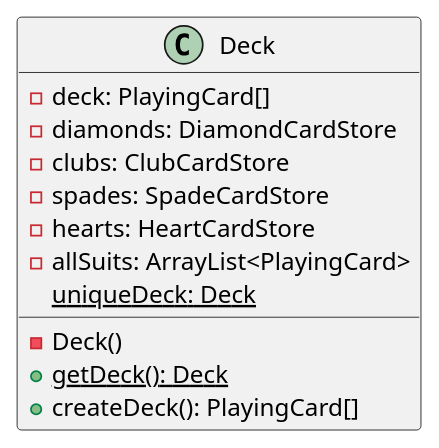
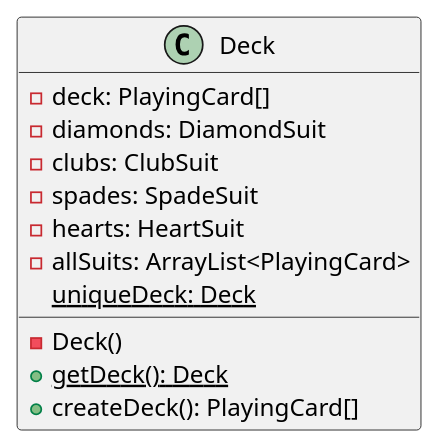
One commit to GerardRyan1989/SoftwareDesignPatternsCA changed the diagram in UMLS/SingletonPattern.puml. Above: the diagram before and after it, drawn with PlantUML. The commit also changed 11 other files, not shown here.

```diff
--- a/UMLS/SingletonPattern.puml
+++ b/UMLS/SingletonPattern.puml
@@ -1,19 +1,19 @@
 @startuml
 
 Class Deck{
     -deck: PlayingCard[]
-    -diamonds: DiamondCardStore
-    -clubs: ClubCardStore
-    -spades: SpadeCardStore
-    -hearts: HeartCardStore
+    -diamonds: DiamondSuit
+    -clubs: ClubSuit
+    -spades: SpadeSuit
+    -hearts: HeartSuit
     -allSuits: ArrayList<PlayingCard>
     {static} uniqueDeck: Deck
 
 
     -Deck()
     {static}+getDeck(): Deck
     +createDeck(): PlayingCard[]
 
 }
 
 @enduml
```
